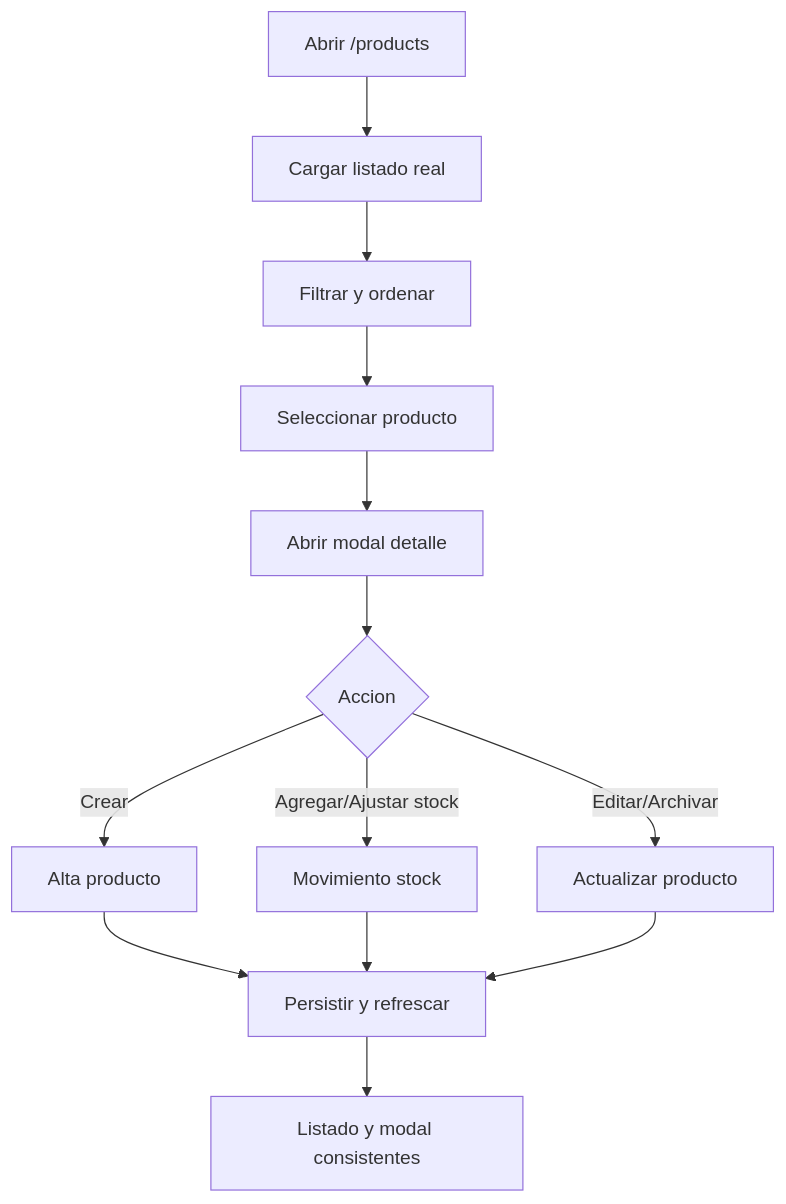
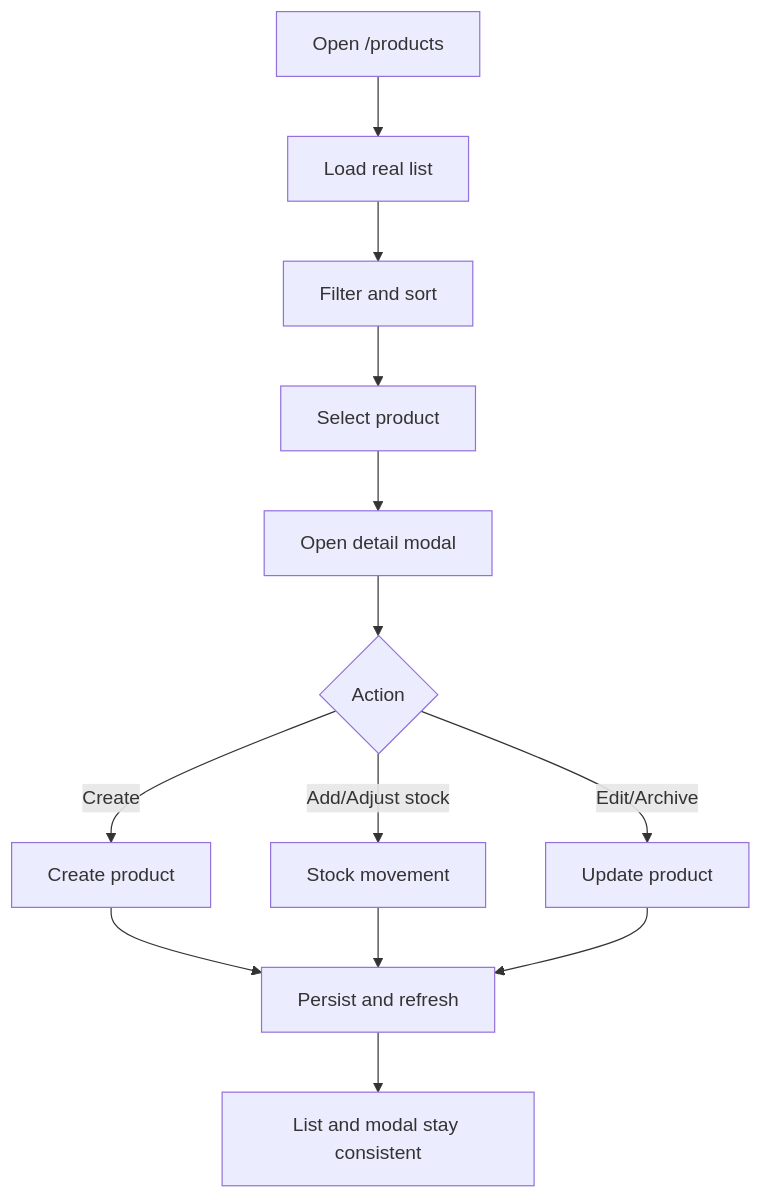
One commit to Machi3mfl/simple-pos changed the third of 3 diagrams in workflow-manager/docs/features/PRODUCTS-002-unified-products-inventory-real-integration-plan.md. Above: the diagram before and after it, drawn with Mermaid. The commit also changed other lines of this file and 3 other files, not shown here.

````diff
--- a/workflow-manager/docs/features/PRODUCTS-002-unified-products-inventory-real-integration-plan.md
+++ b/workflow-manager/docs/features/PRODUCTS-002-unified-products-inventory-real-integration-plan.md
@@ -200,15 +200,15 @@
 ```mermaid
 flowchart TD
-    A[Abrir /products] --> B[Cargar listado real]
-    B --> C[Filtrar y ordenar]
-    C --> D[Seleccionar producto]
-    D --> E[Abrir modal detalle]
-    E --> F{Accion}
-    F -->|Crear| G[Alta producto]
-    F -->|Agregar/Ajustar stock| H[Movimiento stock]
-    F -->|Editar/Archivar| I[Actualizar producto]
-    G --> J[Persistir y refrescar]
+    A[Open /products] --> B[Load real list]
+    B --> C[Filter and sort]
+    C --> D[Select product]
+    D --> E[Open detail modal]
+    E --> F{Action}
+    F -->|Create| G[Create product]
+    F -->|Add/Adjust stock| H[Stock movement]
+    F -->|Edit/Archive| I[Update product]
+    G --> J[Persist and refresh]
     H --> J
     I --> J
-    J --> K[Listado y modal consistentes]
+    J --> K[List and modal stay consistent]
 ```
````
